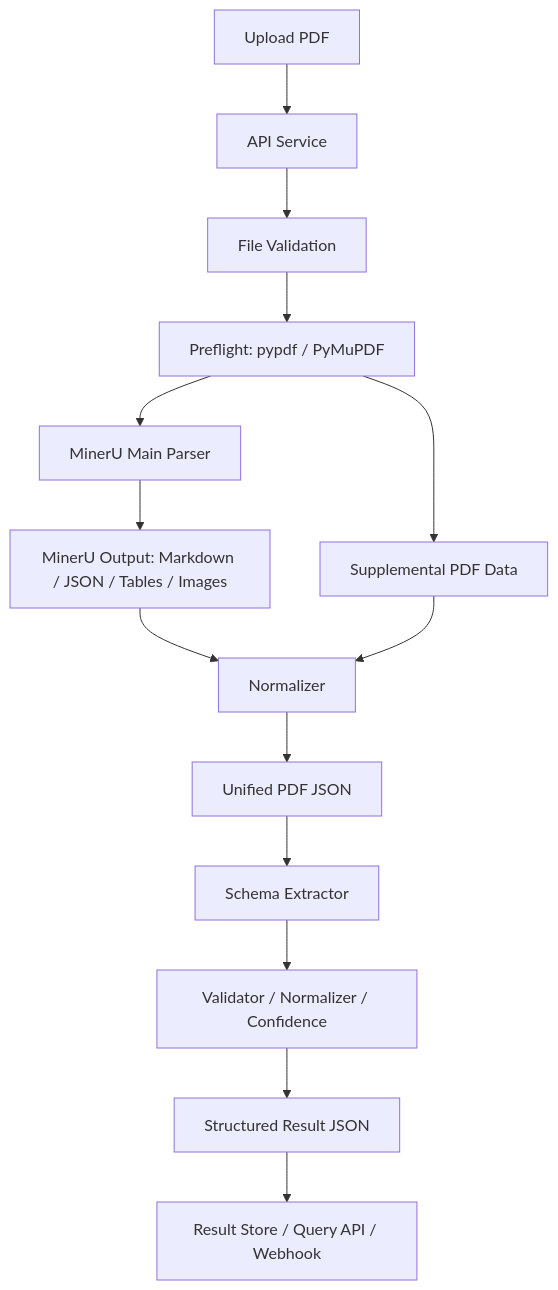
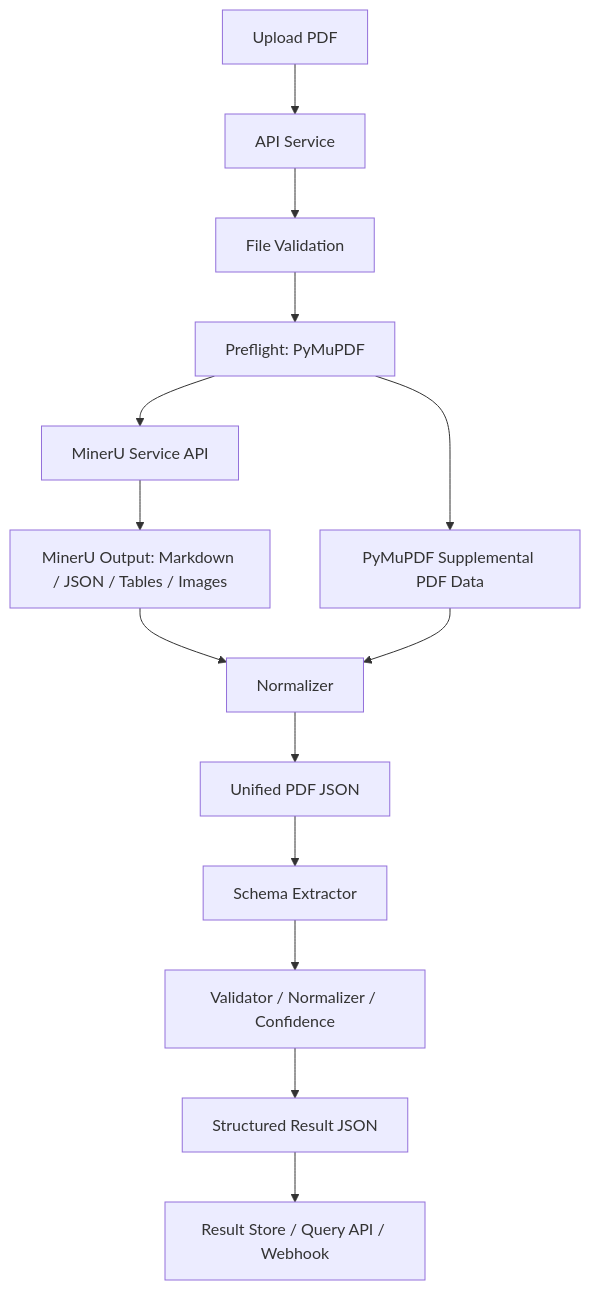
Before and after one commit to luxiaoyan/docparser: the first of 2 diagrams in docs/superpowers/specs/2026-06-25-pdf-parser-service-design.md, drawn with Mermaid. The commit also changed other lines of this file and 16 other files, not shown here.

Commit message:
Add MinerU service parser support

````diff
--- a/docs/superpowers/specs/2026-06-25-pdf-parser-service-design.md
+++ b/docs/superpowers/specs/2026-06-25-pdf-parser-service-design.md
@@ -33,16 +33,16 @@
 ```mermaid
 flowchart TD
   A["Upload PDF"] --> B["API Service"]
   B --> C["File Validation"]
-  C --> D["Preflight: pypdf / PyMuPDF"]
-  D --> E["MinerU Main Parser"]
+  C --> D["Preflight: PyMuPDF"]
+  D --> E["MinerU Service API"]
   E --> F["MinerU Output: Markdown / JSON / Tables / Images"]
-  D --> G["Supplemental PDF Data"]
+  D --> G["PyMuPDF Supplemental PDF Data"]
   F --> H["Normalizer"]
   G --> H
   H --> I["Unified PDF JSON"]
   I --> J["Schema Extractor"]
   J --> K["Validator / Normalizer / Confidence"]
   K --> L["Structured Result JSON"]
   L --> M["Result Store / Query API / Webhook"]
 ```
````
